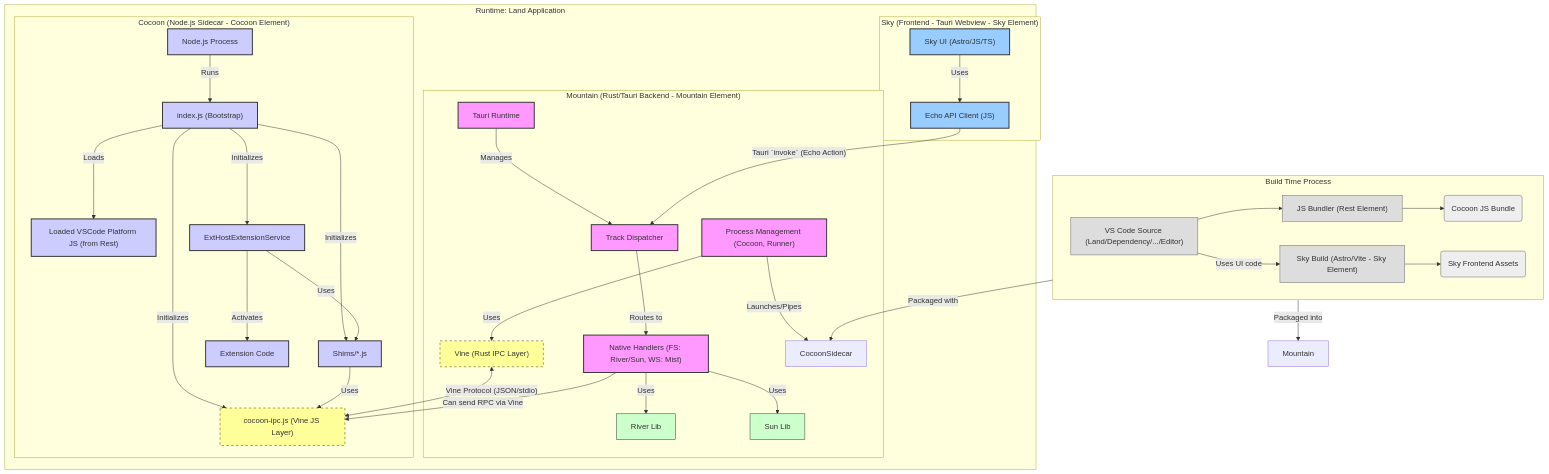
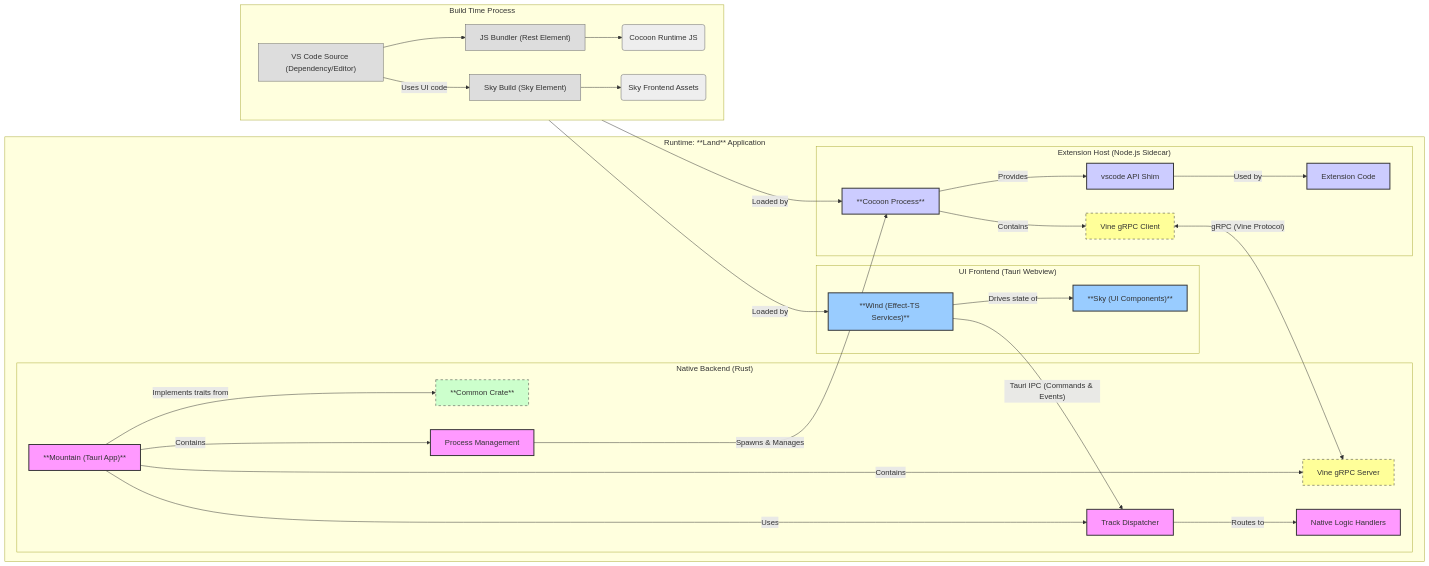
Before and after one commit to NikolaRHristov/WebSite: the diagram in Source/pages/Raw/Readme/CodeEditorLand/Land/README.md, drawn with Mermaid. The commit also changed other lines of this file and 61 other files, not shown here.

````diff
--- a/Source/pages/Raw/Readme/CodeEditorLand/Land/README.md
+++ b/Source/pages/Raw/Readme/CodeEditorLand/Land/README.md
@@ -286,78 +199,67 @@
 ```mermaid
- graph TD
-     %% Styling
-     classDef mountain fill:#f9f,stroke:#333,stroke-width:2px;
-     classDef cocoon fill:#ccf,stroke:#333,stroke-width:2px;
-     classDef sky fill:#9cf,stroke:#333,stroke-width:2px;
-     classDef ipc fill:#ff9,stroke:#333,stroke-width:1px,stroke-dasharray: 5 5;
-     classDef build fill:#ddd,stroke:#666;
-     classDef data fill:#eee,stroke:#666;
-     classDef lib fill:#cfc,stroke:#333,stroke-width:1px;
+graph LR
+    classDef mountain fill:#f9f,stroke:#333,stroke-width:2px;
+    classDef cocoon fill:#ccf,stroke:#333,stroke-width:2px;
+    classDef wind fill:#9cf,stroke:#333,stroke-width:2px;
+    classDef common fill:#cfc,stroke:#333,stroke-width:1px,stroke-dasharray: 5 5;
+    classDef ipc fill:#ff9,stroke:#333,stroke-width:1px,stroke-dasharray: 5 5;
+    classDef build fill:#ddd,stroke:#666;
+    classDef data fill:#eee,stroke:#666;
 
-     subgraph "Build Time Process"
-         direction LR
-         VSCodeSource["VS Code Source (Land/Dependency/.../Editor)"]:::build
-         RestBuild["JS Bundler (Rest Element)"]:::build
-         CocoonBundleJS(Cocoon JS Bundle):::data
-         SkyBuildProcess["Sky Build (Astro/Vite - Sky Element)"]:::build
-         SkyAssets(Sky Frontend Assets):::data
+    subgraph "Build Time Process"
+        direction LR
+        VSCodeSource["VS Code Source (Dependency/Editor)"]:::build
+        RestBuild["JS Bundler (Rest Element)"]:::build
+        CocoonBundleJS(Cocoon Runtime JS):::data
+        SkyBuildProcess["Sky Build (Sky Element)"]:::build
+        SkyAssets(Sky Frontend Assets):::data
 
-         VSCodeSource --> RestBuild;
-         VSCodeSource -- Uses UI code --> SkyBuildProcess;
-         RestBuild --> CocoonBundleJS;
-         SkyBuildProcess --> SkyAssets;
-     end
+        VSCodeSource --> RestBuild;
+        VSCodeSource -- Uses UI code --> SkyBuildProcess;
+        RestBuild --> CocoonBundleJS;
+        SkyBuildProcess --> SkyAssets;
+    end
 
-     subgraph "Runtime: Land Application"
-        subgraph "Mountain (Rust/Tauri Backend - Mountain Element)"
-            TauriRuntime[Tauri Runtime]:::mountain;
-            TrackDispatcher[Track Dispatcher]:::mountain;
-            MountainHandlers["Native Handlers (FS: River/Sun, WS: Mist)"]:::mountain;
-            VineRustIPC["Vine (Rust IPC Layer)"]:::mountain;
-            ProcessMgmtSystem["Process Management (Cocoon, Runner)"]:::mountain;
-            RiverLib["River Lib"]:::lib;
-            SunLib["Sun Lib"]:::lib;
+    subgraph "Runtime: **Land** Application"
+        subgraph "Native Backend (Rust)"
+            Mountain["**Mountain (Tauri App)**"]:::mountain
+            CommonCrate[**Common Crate**]:::common
+            TrackDispatcher[Track Dispatcher]:::mountain
+            VineGRPCServer[Vine gRPC Server]:::mountain
+            NativeHandlers["Native Logic Handlers"]:::mountain
+            ProcessMgmt["Process Management"]:::mountain
 
-            TauriRuntime -- Manages --> TrackDispatcher;
-            TrackDispatcher -- Routes to --> MountainHandlers;
-            MountainHandlers -- Uses --> RiverLib;
-            MountainHandlers -- Uses --> SunLib;
-            ProcessMgmtSystem -- Launches/Pipes --> CocoonSidecar;
-            ProcessMgmtSystem -- Uses --> VineRustIPC;
+            Mountain -- Uses --> TrackDispatcher
+            TrackDispatcher -- Routes to --> NativeHandlers
+            Mountain -- Implements traits from --> CommonCrate
+            Mountain -- Contains --> VineGRPCServer
+            Mountain -- Contains --> ProcessMgmt
         end
 
-        subgraph "Sky (Frontend - Tauri Webview - Sky Element)"
-            SkyUI["Sky UI (Astro/JS/TS)"]:::sky
-            EchoFrontend["Echo API Client (JS)"]:::sky
+        subgraph "UI Frontend (Tauri Webview)"
+            WindServices["**Wind (Effect-TS Services)**"]:::wind
+            SkyUI["**Sky (UI Components)**"]:::wind
+            WindServices -- Drives state of --> SkyUI
         end
 
-        subgraph "Cocoon (Node.js Sidecar - Cocoon Element)"
-            NodeJSProcess[Node.js Process]:::cocoon;
-            CocoonBootstrap["index.js (Bootstrap)"]:::cocoon;
-            CocoonVineIPC["cocoon-ipc.js (Vine JS Layer)"]:::cocoon;
-            CocoonShims[Shims/*.js]:::cocoon;
-            BundledVSCodeJS["Loaded VSCode Platform JS (from Rest)"]:::cocoon;
-            ExtHostServiceJS[ExtHostExtensionService]:::cocoon;
-            ExtensionCode[Extension Code]:::cocoon;
+        subgraph "Extension Host (Node.js Sidecar)"
+            Cocoon[**Cocoon Process**]:::cocoon
+            VineGRPCClient[Vine gRPC Client]:::cocoon
+            VSCodeAPI[vscode API Shim]:::cocoon
+            Extension["Extension Code"]:::cocoon
 
-            NodeJSProcess -- Runs --> CocoonBootstrap;
-            CocoonBootstrap -- Loads --> BundledVSCodeJS;
-            CocoonBootstrap -- Initializes --> CocoonShims;
-            CocoonBootstrap -- Initializes --> CocoonVineIPC;
-            CocoonBootstrap -- Initializes --> ExtHostServiceJS;
-            ExtHostServiceJS -- Uses --> CocoonShims;
-            ExtHostServiceJS -- Activates --> ExtensionCode;
-            CocoonShims -- Uses --> CocoonVineIPC;
+            Cocoon -- Contains --> VineGRPCClient
+            Cocoon -- Provides --> VSCodeAPI
+            VSCodeAPI -- Used by --> Extension
         end
 
-        SkyUI -- Uses --> EchoFrontend;
-        EchoFrontend -- Tauri `invoke` (Echo Action) --> TrackDispatcher;
-        VineRustIPC -- Vine Protocol (JSON/stdio) <--> CocoonVineIPC; class VineRustIPC,CocoonVineIPC ipc;
+        ProcessMgmt -- Spawns & Manages --> Cocoon
 
-        MountainHandlers -- Can send RPC via Vine --> CocoonVineIPC;
-        %% Extension making an API call implies CocoonShim intercepts and sends it out via Vine
-     end
+        WindServices -- Tauri IPC (Commands & Events) --> TrackDispatcher
+        VineGRPCClient -- gRPC (Vine Protocol) <--> VineGRPCServer; class VineGRPCClient,VineGRPCServer ipc;
 
-     CocoonBundleJS -- Packaged with --> CocoonSidecar;
-     SkyAssets -- Packaged into --> Mountain;
+    end
+
+    CocoonBundleJS -- Loaded by --> Cocoon;
+    SkyAssets -- Loaded by --> WindServices;
 ```
````
